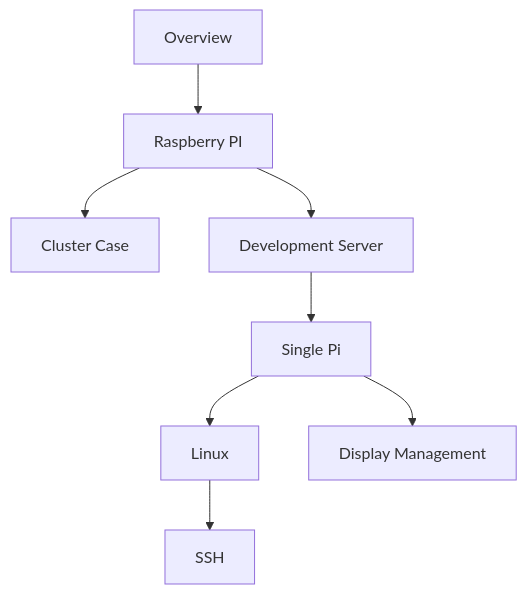
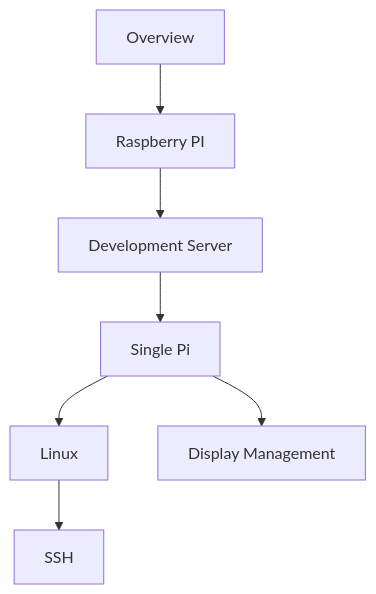
The first of 2 diagrams in chapters/preface/outline.md (cloudmesh-community/book), drawn with Mermaid before and after one commit. The commit also changed other lines of this file and 3 other files, not shown here.

```diff
--- a/chapters/preface/outline.md
+++ b/chapters/preface/outline.md
@@ -3,10 +3,9 @@
 ~~~mermaid
 graph TD
 Overview-->pi[Raspberry PI]
-pi-->case[Cluster Case]
 pi-->server[Development Server]
 server-->single[Single Pi]
-single-->Linux
-Linux--> SSH
+single-->linux[Linux]
+linux--> SSH
 single-->display[Display Management]
 ~~~
```
